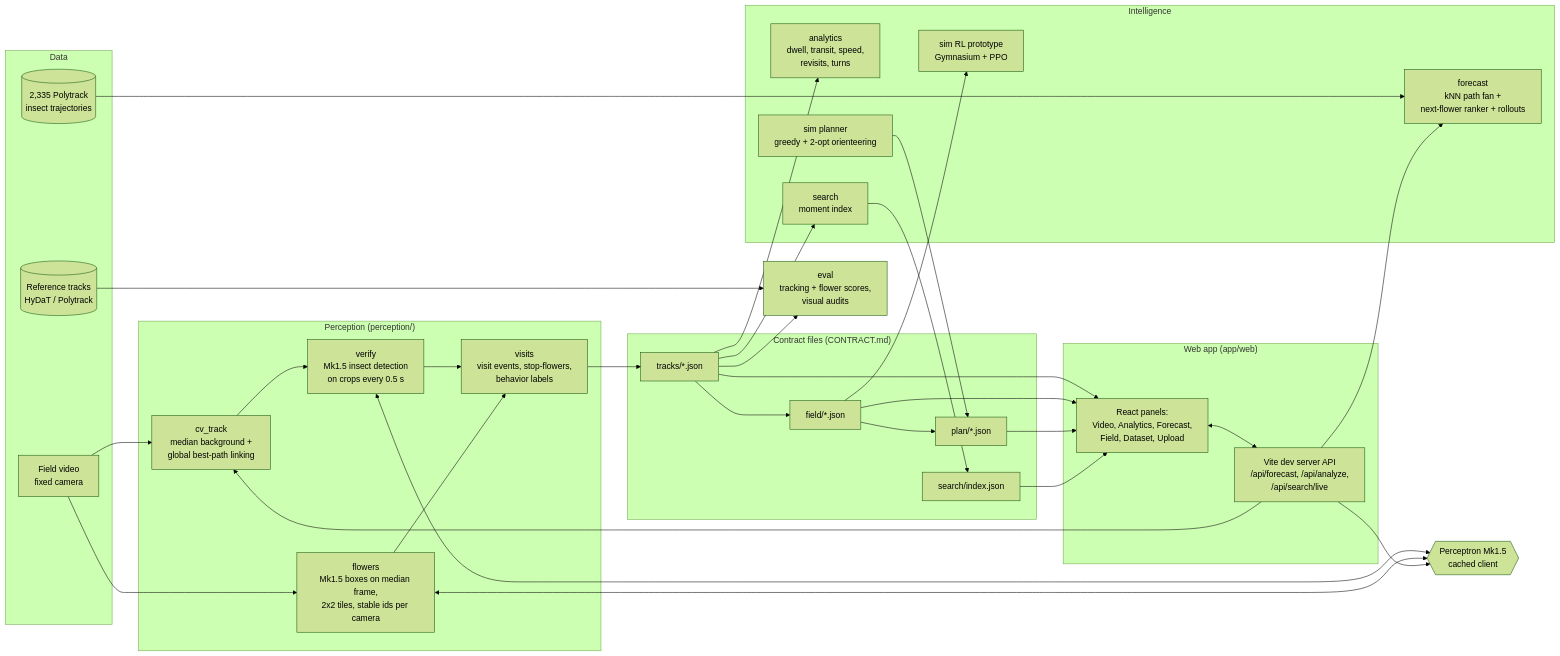
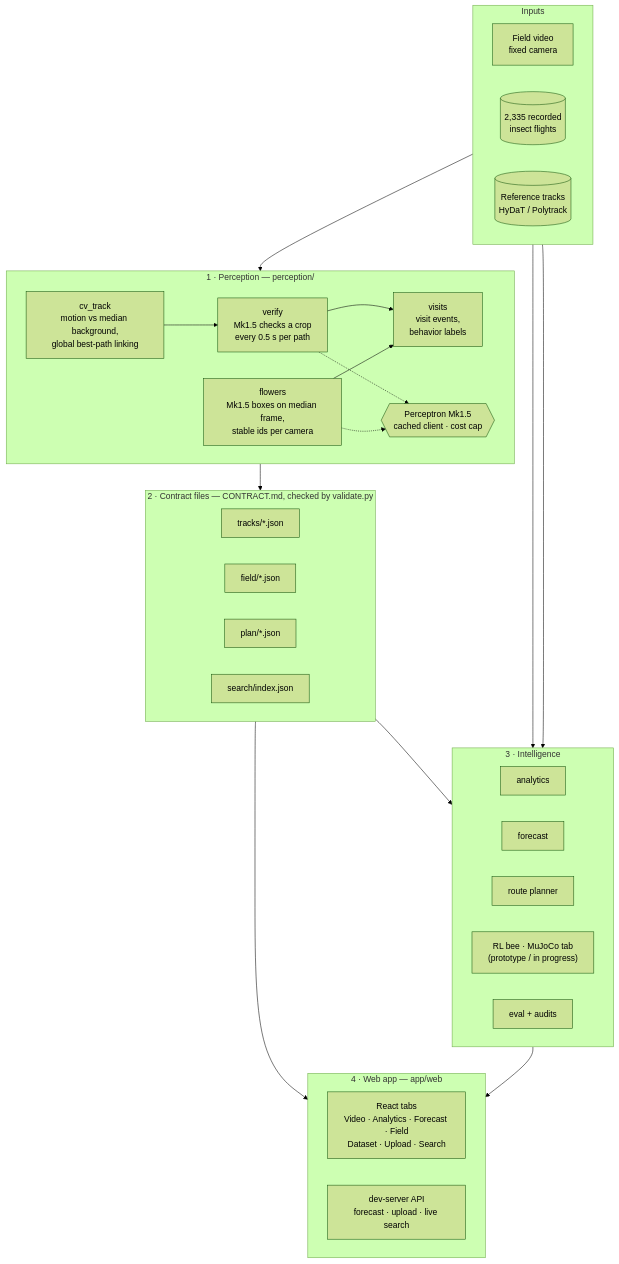
The diagram in README.md (b-ananya/beebot), drawn with Mermaid (forest theme) before and after one commit.

Commit message:
README: simpler layered architecture diagram (renders cleanly in Mermaid 11)

````diff
--- a/README.md
+++ b/README.md
@@ -109,57 +109,49 @@
 ```mermaid
-flowchart LR
-  subgraph Data
-    V[Field video<br/>fixed camera]
-    PT[(2,335 Polytrack<br/>insect trajectories)]
-    REF[(Reference tracks<br/>HyDaT / Polytrack)]
+flowchart TB
+  subgraph IN["Inputs"]
+    direction LR
+    V["Field video<br/>fixed camera"]
+    PT[("2,335 recorded<br/>insect flights")]
+    REF[("Reference tracks<br/>HyDaT / Polytrack")]
   end
 
-  subgraph Perception["Perception (perception/)"]
-    CV[cv_track<br/>median background +<br/>global best-path linking]
-    VER[verify<br/>Mk1.5 insect detection<br/>on crops every 0.5 s]
-    FL[flowers<br/>Mk1.5 boxes on median frame,<br/>2x2 tiles, stable ids per camera]
-    VIS[visits<br/>visit events, stop-flowers,<br/>behavior labels]
+  subgraph P["1 · Perception — perception/"]
+    direction LR
+    CV["cv_track<br/>motion vs median background,<br/>global best-path linking"] --> VER["verify<br/>Mk1.5 checks a crop<br/>every 0.5 s per path"] --> VIS["visits<br/>visit events,<br/>behavior labels"]
+    FL["flowers<br/>Mk1.5 boxes on median frame,<br/>stable ids per camera"] --> VIS
+    MK{{"Perceptron Mk1.5<br/>cached client · cost cap"}}
+    VER -.-> MK
+    FL -.-> MK
   end
 
-  MK{{Perceptron Mk1.5<br/>cached client}}
-
-  subgraph Outputs["Contract files (CONTRACT.md)"]
-    TR[tracks/*.json]
-    FI[field/*.json]
-    PL[plan/*.json]
-    IDX[search/index.json]
+  subgraph O["2 · Contract files — CONTRACT.md, checked by validate.py"]
+    direction LR
+    TR["tracks/*.json"]
+    FI["field/*.json"]
+    PL["plan/*.json"]
+    IDX["search/index.json"]
   end
 
-  subgraph Intelligence
-    AN[analytics<br/>dwell, transit, speed,<br/>revisits, turns]
-    FC[forecast<br/>kNN path fan +<br/>next-flower ranker + rollouts]
-    SR[search<br/>moment index]
-    PLN[sim planner<br/>greedy + 2-opt orienteering]
-    RL[sim RL prototype<br/>Gymnasium + PPO]
+  subgraph I["3 · Intelligence"]
+    direction LR
+    AN["analytics"]
+    FC["forecast"]
+    PLN["route planner"]
+    SIM["RL bee · MuJoCo tab<br/>(prototype / in progress)"]
+    EV["eval + audits"]
   end
 
-  subgraph App["Web app (app/web)"]
-    UI[React panels:<br/>Video, Analytics, Forecast,<br/>Field, Dataset, Upload]
-    API[Vite dev server API<br/>/api/forecast, /api/analyze,<br/>/api/search/live]
+  subgraph A["4 · Web app — app/web"]
+    direction LR
+    UI["React tabs<br/>Video · Analytics · Forecast · Field<br/>Dataset · Upload · Search"]
+    API["dev-server API<br/>forecast · upload · live search"]
   end
 
-  EV[eval<br/>tracking + flower scores,<br/>visual audits]
-
-  V --> CV --> VER --> VIS
-  V --> FL --> VIS
-  VER <--> MK
-  FL <--> MK
-  VIS --> TR
-  TR --> AN & SR & EV
-  TR --> FI --> PL
-  PLN --> PL
+  V --> P
+  P --> O
+  O --> I
   PT --> FC
   REF --> EV
-  SR --> IDX
-  TR & FI & PL & IDX --> UI
-  UI <--> API
-  API --> FC
-  API --> CV
-  API --> MK
-  FI --> RL
+  I --> A
+  O --> A
 ```
````
